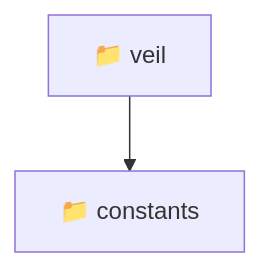
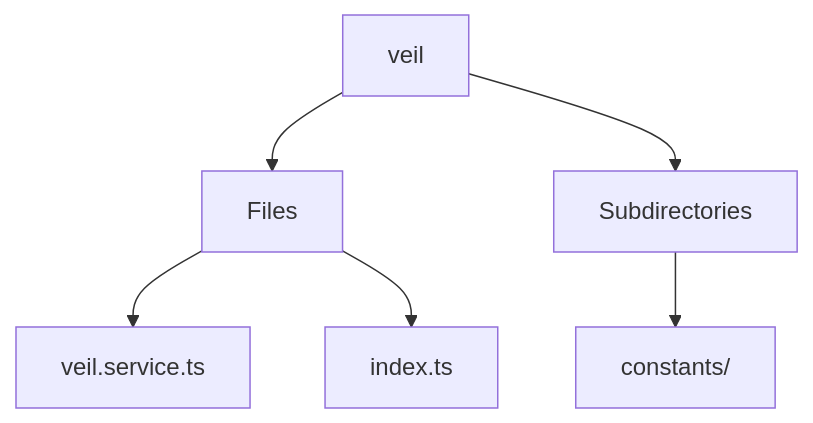
Before and after one commit to beginwebdev2002/fullstack-mavluda: the diagram in frontend/src/entities/veil/README.md, drawn with Mermaid. The commit also changed other lines of this file and 167 other files, not shown here.

````diff
--- a/frontend/src/entities/veil/README.md
+++ b/frontend/src/entities/veil/README.md
@@ -11,5 +14,8 @@
 ```mermaid
 graph TD
-  veil["📁 veil"]
-  veil --> constants["📁 constants"]
+  veil --> Files
+  Files --> veil_service_ts[veil.service.ts]
+  Files --> index_ts[index.ts]
+  veil --> Subdirectories
+  Subdirectories --> constants[constants/]
 ```
````
